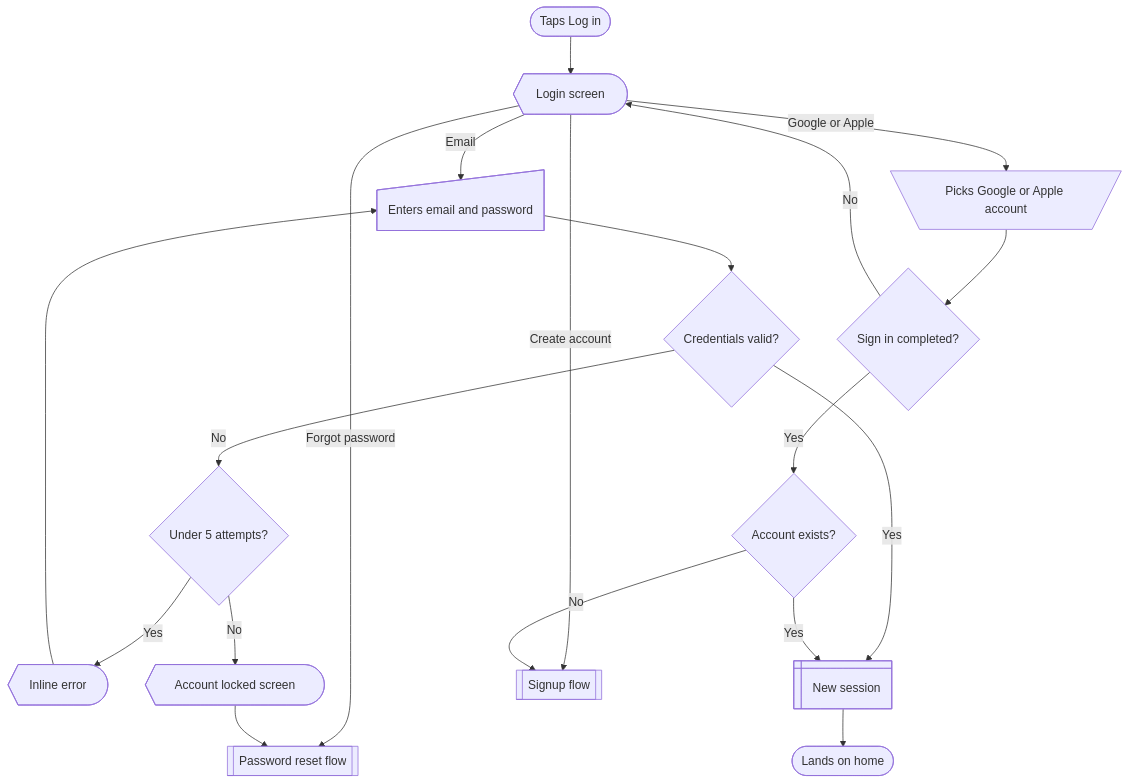
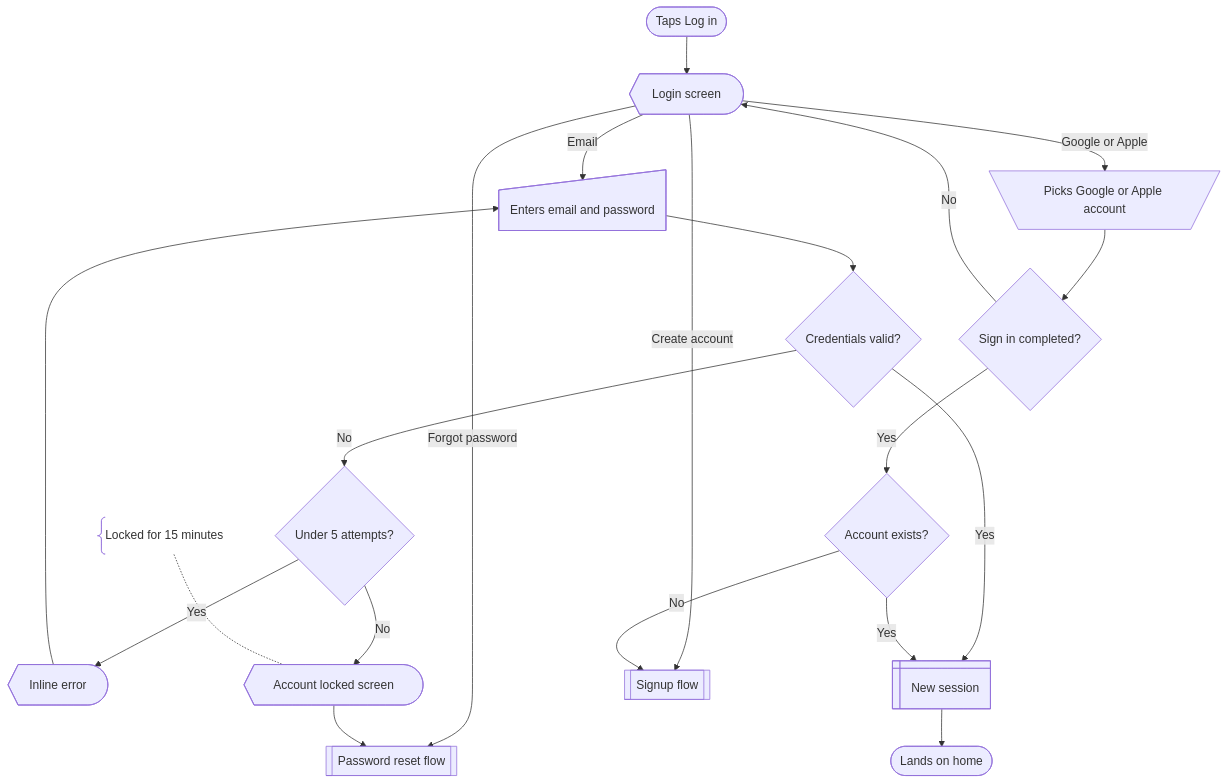
The fifth of 7 diagrams in references/flows.md (yoursharif/mermaid-userflow-diagram), drawn with Mermaid before and after one commit. The commit also changed other lines of this file and 1 other file, not shown here.

First line of the commit message:
Add notes where flows hide a rule or limit

````diff
--- a/references/flows.md
+++ b/references/flows.md
@@ -160,36 +162,38 @@
 ```mermaid
 flowchart TD
   startLogin@{ shape: stadium, label: "Taps Log in" }
   scrLogin@{ shape: curv-trap, label: "Login screen" }
   inCredentials@{ shape: sl-rect, label: "Enters email and password" }
   decValid@{ shape: diam, label: "Credentials valid?" }
   decAttempts@{ shape: diam, label: "Under 5 attempts?" }
   scrError@{ shape: curv-trap, label: "Inline error" }
   scrLocked@{ shape: curv-trap, label: "Account locked screen" }
+  noteLock@{ shape: brace, label: "Locked for 15 minutes" }
   manSocial@{ shape: trap-t, label: "Picks Google or Apple account" }
   decSocialDone@{ shape: diam, label: "Sign in completed?" }
   decSocialKnown@{ shape: diam, label: "Account exists?" }
   memSession@{ shape: win-pane, label: "New session" }
   subReset@{ shape: fr-rect, label: "Password reset flow" }
   subSignup@{ shape: fr-rect, label: "Signup flow" }
   exitHome@{ shape: stadium, label: "Lands on home" }
 
   startLogin --> scrLogin
   scrLogin -->|Email| inCredentials
   scrLogin -->|Google or Apple| manSocial
   scrLogin -->|Forgot password| subReset
   scrLogin -->|Create account| subSignup
   inCredentials --> decValid
   decValid -->|Yes| memSession
   decValid -->|No| decAttempts
   decAttempts -->|Yes| scrError
   decAttempts -->|No| scrLocked
   scrError --> inCredentials
   scrLocked --> subReset
+  noteLock -.- scrLocked
   manSocial --> decSocialDone
   decSocialDone -->|No| scrLogin
   decSocialDone -->|Yes| decSocialKnown
   decSocialKnown -->|Yes| memSession
   decSocialKnown -->|No| subSignup
   memSession --> exitHome
 ```
````
